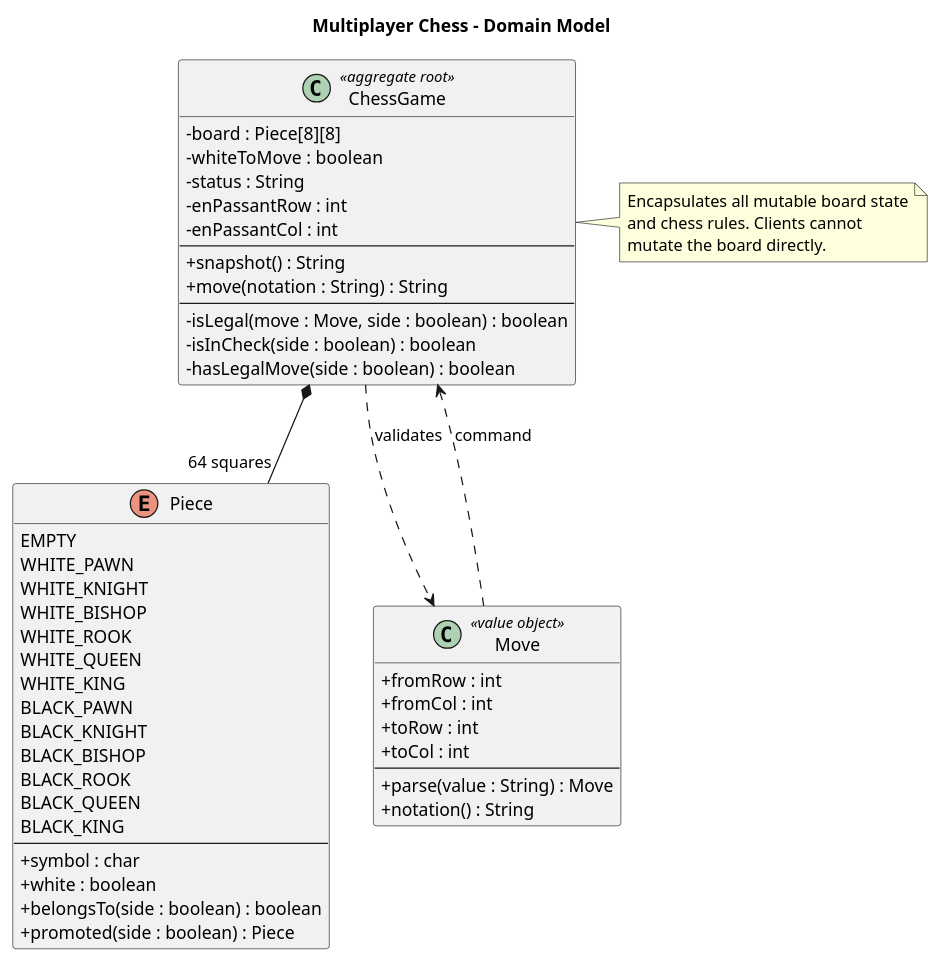
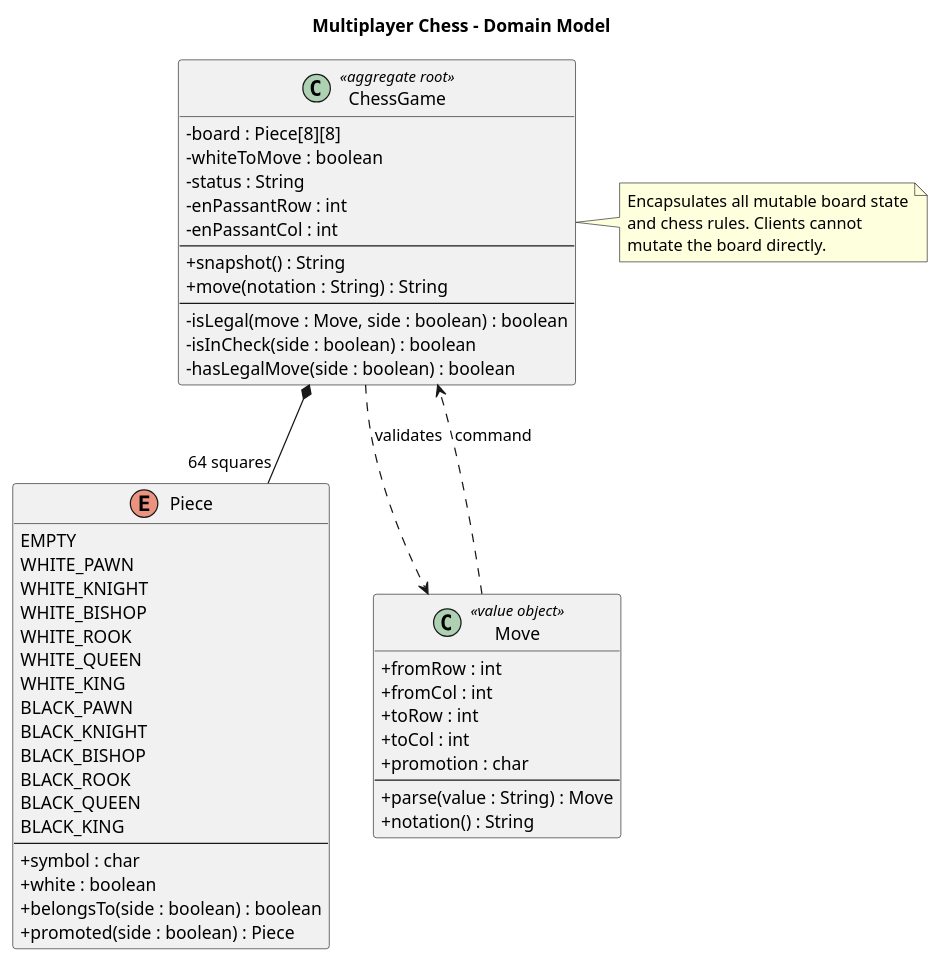
Before and after one commit to LooninS/multiplayer-chess-java: the diagram in docs/plantuml/chess-domain.puml, drawn with PlantUML. The commit also changed 8 other files, not shown here.

```diff
--- a/docs/plantuml/chess-domain.puml
+++ b/docs/plantuml/chess-domain.puml
@@ -1,61 +1,62 @@
 @startuml
 title Multiplayer Chess - Domain Model
 skinparam classAttributeIconSize 0
 skinparam shadowing false
 
 enum Piece {
   EMPTY
   WHITE_PAWN
   WHITE_KNIGHT
   WHITE_BISHOP
   WHITE_ROOK
   WHITE_QUEEN
   WHITE_KING
   BLACK_PAWN
   BLACK_KNIGHT
   BLACK_BISHOP
   BLACK_ROOK
   BLACK_QUEEN
   BLACK_KING
   --
   +symbol : char
   +white : boolean
   +belongsTo(side : boolean) : boolean
   +promoted(side : boolean) : Piece
 }
 
 class Move <<value object>> {
   +fromRow : int
   +fromCol : int
   +toRow : int
   +toCol : int
+  +promotion : char
   --
   +parse(value : String) : Move
   +notation() : String
 }
 
 class ChessGame <<aggregate root>> {
   -board : Piece[8][8]
   -whiteToMove : boolean
   -status : String
   -enPassantRow : int
   -enPassantCol : int
   --
   +snapshot() : String
   +move(notation : String) : String
   --
   -isLegal(move : Move, side : boolean) : boolean
   -isInCheck(side : boolean) : boolean
   -hasLegalMove(side : boolean) : boolean
 }
 
 ChessGame *-- "64 squares" Piece
 ChessGame ..> Move : validates
 Move ..> ChessGame : command
 
 note right of ChessGame
   Encapsulates all mutable board state
   and chess rules. Clients cannot
   mutate the board directly.
 end note
 @enduml
```
